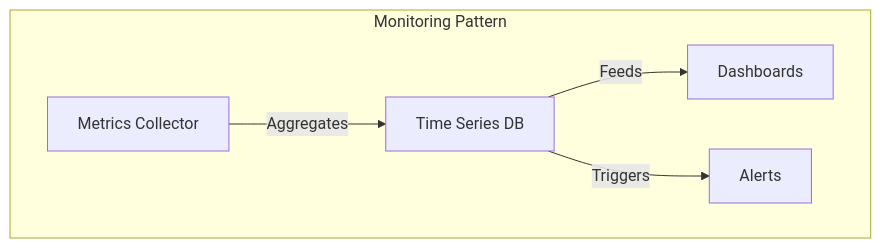
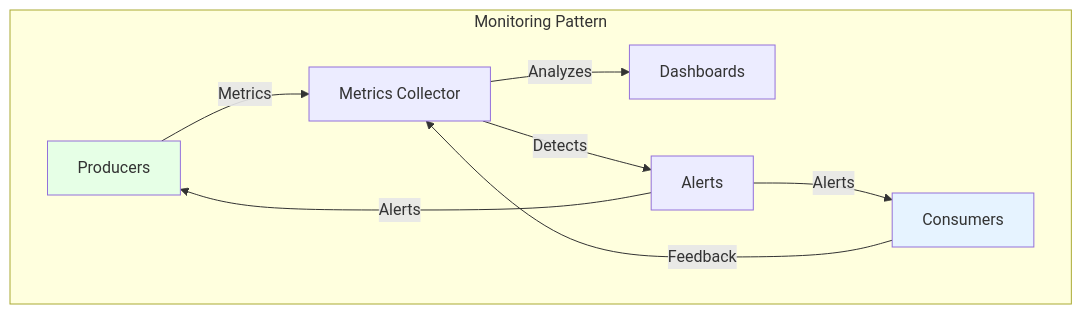
Before and after one commit to monmaya/pyb-data-contracts: the third of 4 diagrams in docs/en/articles/04-architecture-patterns.md, drawn with Mermaid. The commit also changed other lines of this file and 15 other files, not shown here.

````diff
--- a/docs/en/articles/04-architecture-patterns.md
+++ b/docs/en/articles/04-architecture-patterns.md
@@ -39,8 +93,16 @@
 ```mermaid
 graph TD
     subgraph "Monitoring Pattern"
-        I[Metrics Collector] -->|Aggregates| J[Time Series DB]
-        J -->|Feeds| K[Dashboards]
-        J -->|Triggers| L[Alerts]
+        P[Producers] -->|Metrics| I[Metrics Collector]
+        C[Consumers] -->|Feedback| I
+        I -->|Analyzes| K[Dashboards]
+        I -->|Detects| L[Alerts]
+        L -->|Alerts| P
+        L -->|Alerts| C
     end
+
+    classDef producer fill:#e6ffe6;
+    classDef consumer fill:#e6f3ff;
+    class P producer;
+    class C consumer;
 ```
````
